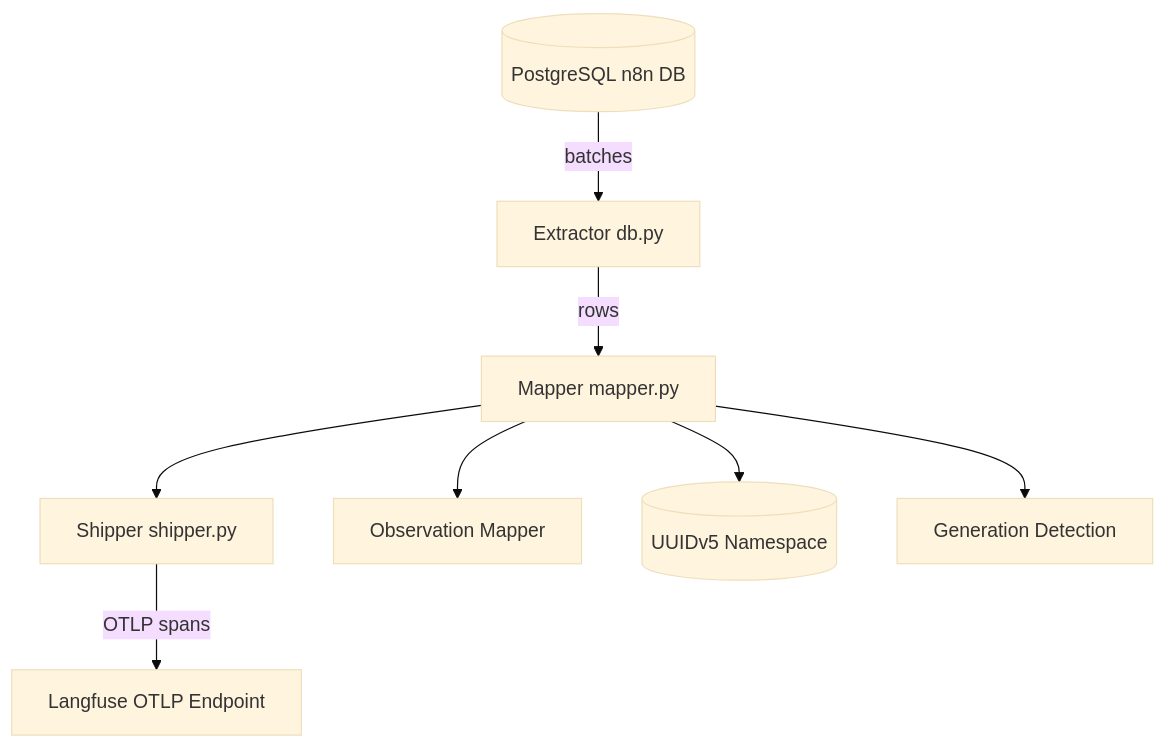
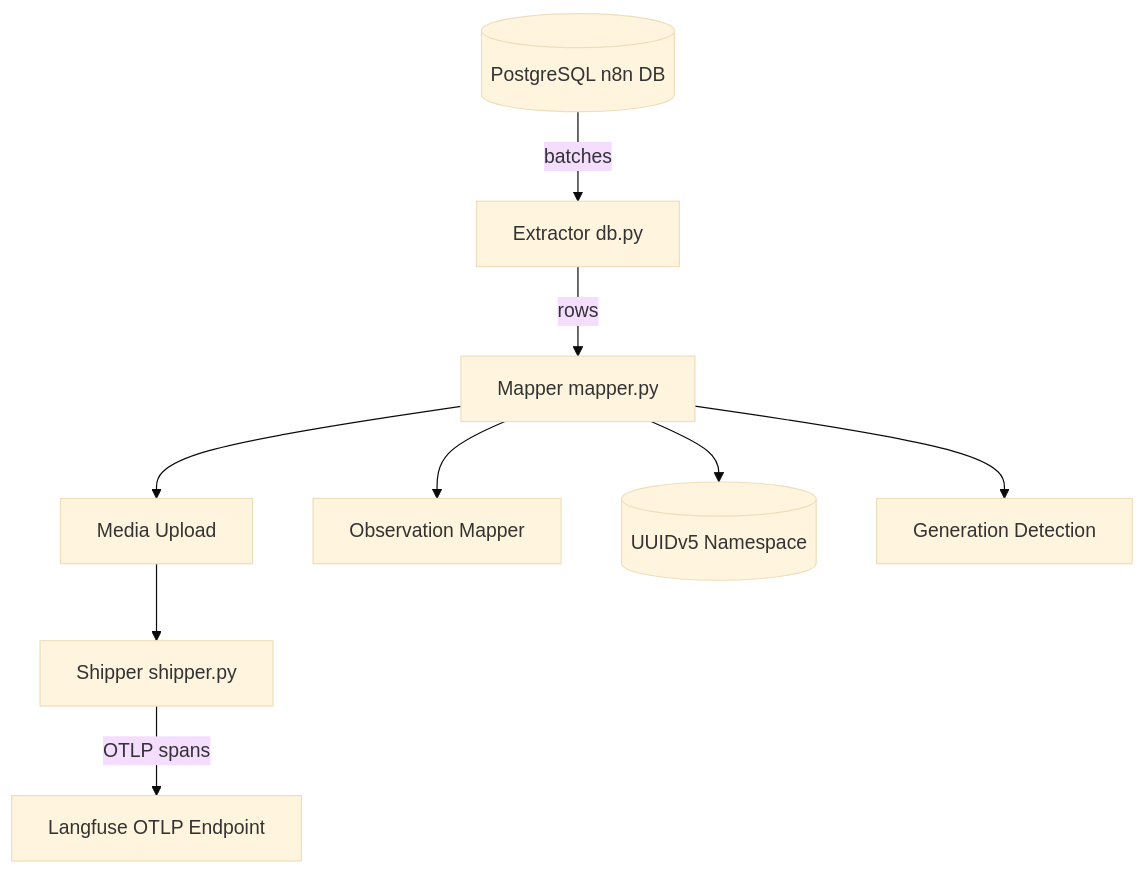
One commit to rwb-truelime/n8n-langfuse-shipper changed the diagram in README.md. Above: the diagram before and after it, drawn with Mermaid (base theme). The commit also changed other lines of this file and 1 other file, not shown here.

Commit message:
feat: Update documentation to reflect media upload flow in mapping process; clarify Azure Blob upload integration

````diff
--- a/README.md
+++ b/README.md
@@ -95,10 +95,13 @@
 ```mermaid
 graph TD
 	PG[(PostgreSQL n8n DB)] -->|batches| EX[Extractor db.py]
 	EX -->|rows| MAP[Mapper mapper.py]
-	MAP --> SHIP[Shipper shipper.py]
+	MAP --> MU[Media Upload]
+	MU --> SHIP[Shipper shipper.py]
 	SHIP -->|OTLP spans| LF[Langfuse OTLP Endpoint]
 	MAP --> OBS[Observation Mapper]
 	MAP --> ID[(UUIDv5 Namespace)]
 	MAP --> GEN[Generation Detection]
+
+	%% Media Upload is optional (enabled only when ENABLE_MEDIA_UPLOAD & LANGFUSE_USE_AZURE_BLOB true)
 ```
````
